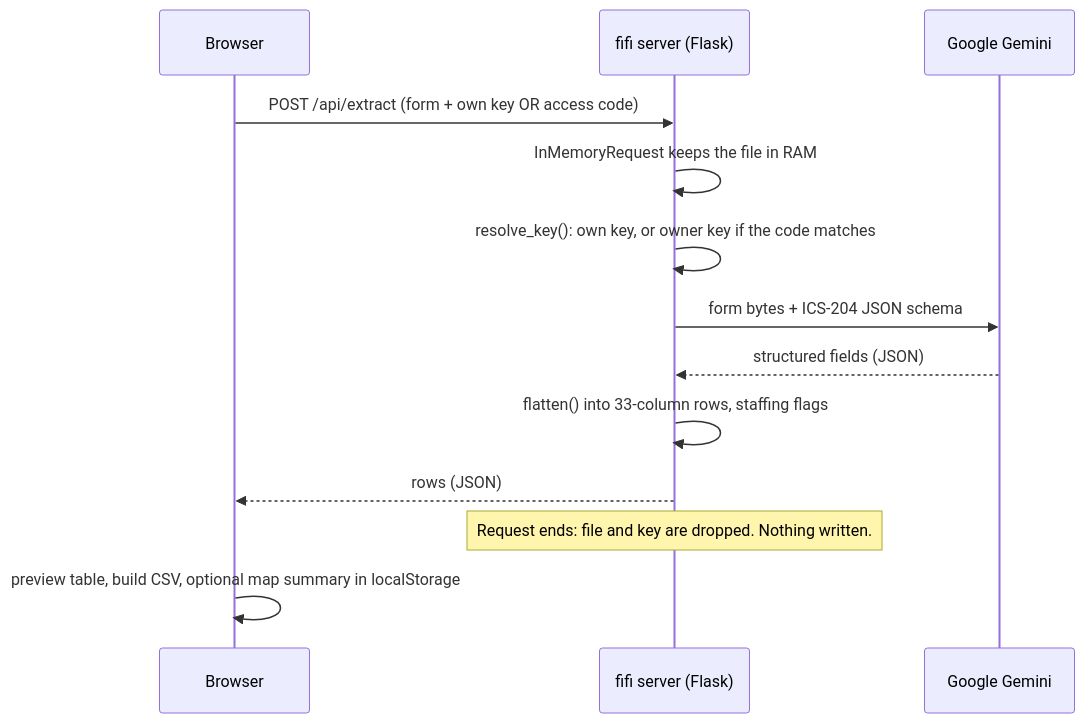
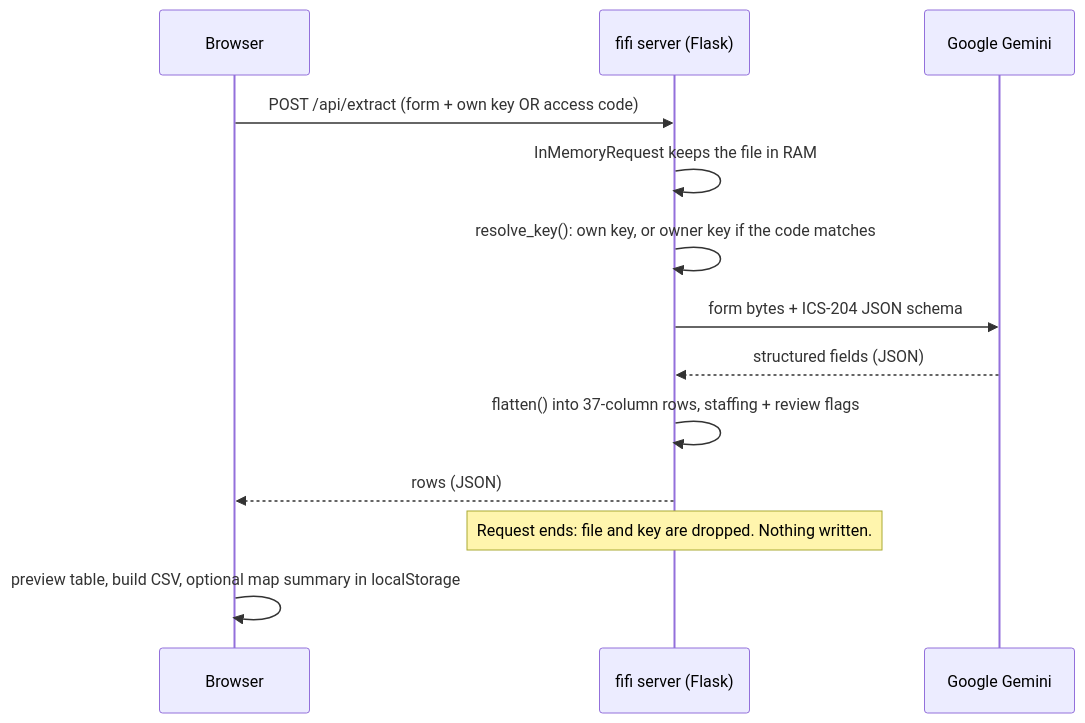
One commit to buahomy/fifi changed the second of 2 diagrams in README.md. Above: the diagram before and after it, drawn with Mermaid. The commit also changed other lines of this file and 4 other files, not shown here.

First line of the commit message:
Whole-IAP PDFs (only ICS-204 pages hit Gemini) and human-review flags

````diff
--- a/README.md
+++ b/README.md
@@ -232,15 +237,15 @@
 ```mermaid
 sequenceDiagram
     participant B as Browser
     participant S as fifi server (Flask)
     participant G as Google Gemini
     B->>S: POST /api/extract (form + own key OR access code)
     S->>S: InMemoryRequest keeps the file in RAM
     S->>S: resolve_key(): own key, or owner key if the code matches
     S->>G: form bytes + ICS-204 JSON schema
     G-->>S: structured fields (JSON)
-    S->>S: flatten() into 33-column rows, staffing flags
+    S->>S: flatten() into 37-column rows, staffing + review flags
     S-->>B: rows (JSON)
     Note over S: Request ends: file and key are dropped. Nothing written.
     B->>B: preview table, build CSV, optional map summary in localStorage
 ```
````
